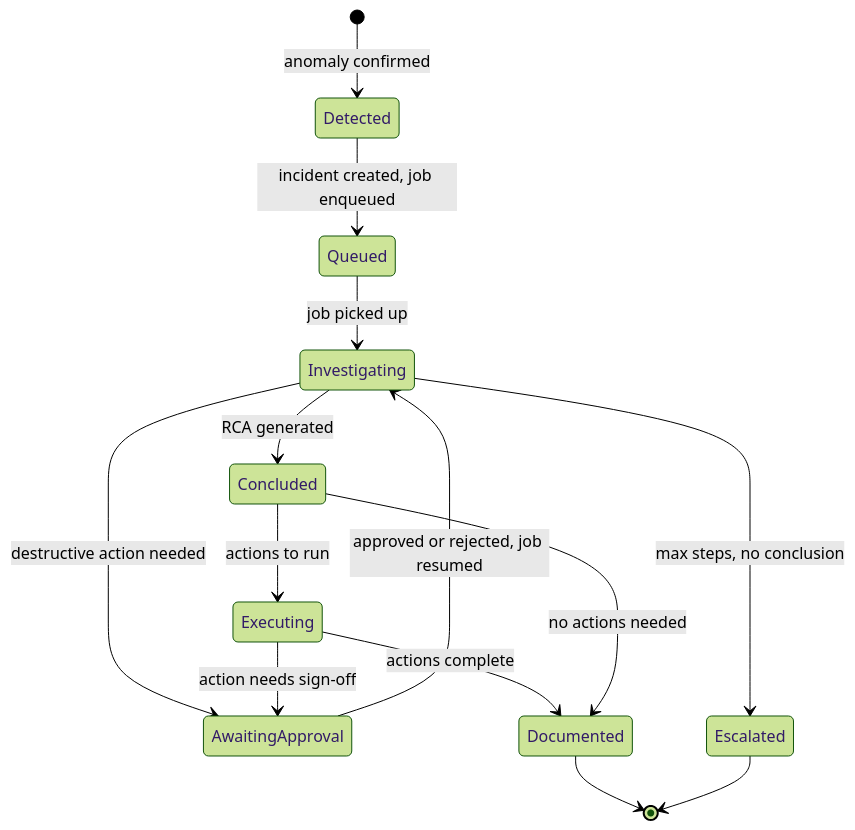
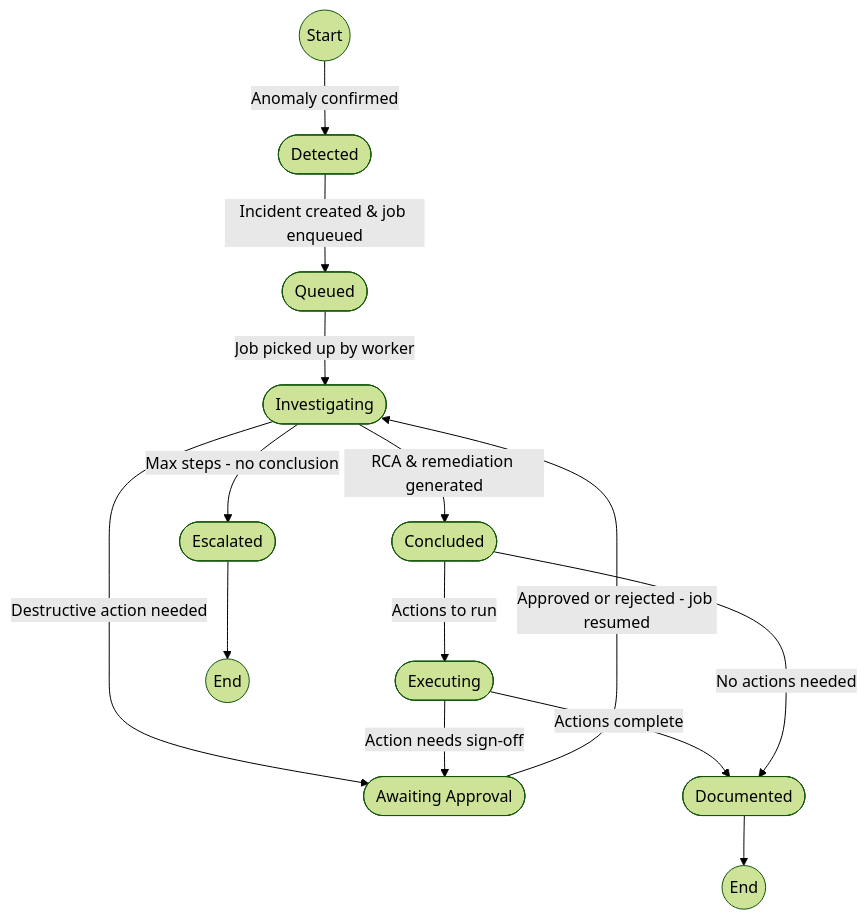
One commit to SoloDevAbu/OperonAI changed the sixth of 11 diagrams in README.md. Above: the diagram before and after it, drawn with Mermaid (forest theme). The commit also changed other lines of this file, not shown here.

Commit message:
fix(docs): resolve github mermaid curve calculation errors in LLD diagrams

````diff
--- a/README.md
+++ b/README.md
@@ -441,16 +441,16 @@
 ```mermaid
-stateDiagram-v2
-    [*] --> Detected : anomaly confirmed
-    Detected --> Queued : incident created, job enqueued
-    Queued --> Investigating : job picked up
-    Investigating --> AwaitingApproval : destructive action needed
-    AwaitingApproval --> Investigating : approved or rejected, job resumed
-    Investigating --> Concluded : RCA generated
-    Concluded --> Executing : actions to run
-    Executing --> AwaitingApproval : action needs sign-off
-    Executing --> Documented : actions complete
-    Concluded --> Documented : no actions needed
-    Investigating --> Escalated : max steps, no conclusion
-    Documented --> [*]
-    Escalated --> [*]
+flowchart TD
+    START((Start)) -->|Anomaly confirmed| DET([Detected])
+    DET -->|Incident created & job enqueued| QUE([Queued])
+    QUE -->|Job picked up by worker| INV([Investigating])
+    INV -->|Destructive action needed| APP([Awaiting Approval])
+    APP -->|Approved or rejected - job resumed| INV
+    INV -->|RCA & remediation generated| CON([Concluded])
+    CON -->|Actions to run| EXE([Executing])
+    EXE -->|Action needs sign-off| APP
+    EXE -->|Actions complete| DOC([Documented])
+    CON -->|No actions needed| DOC
+    INV -->|Max steps - no conclusion| ESC([Escalated])
+    DOC --> END_DOC((End))
+    ESC --> END_ESC((End))
 ```
````
